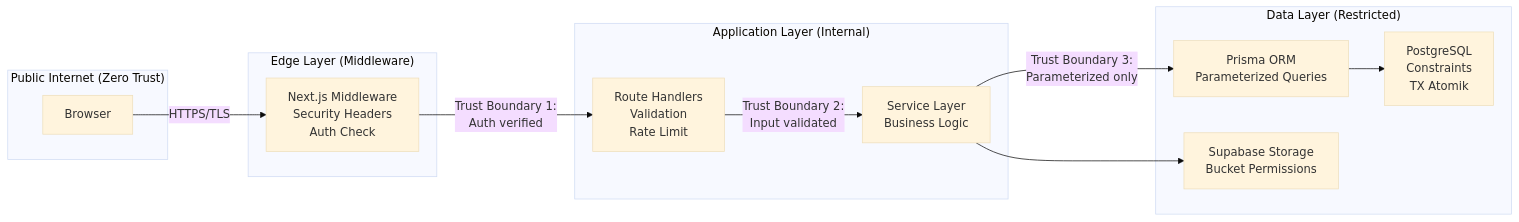
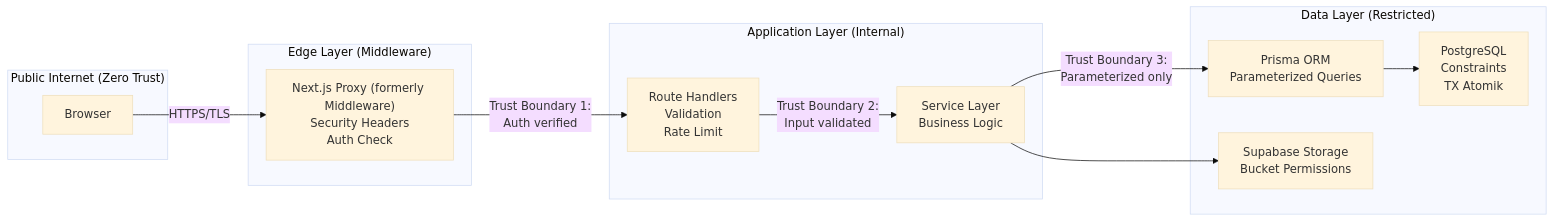
Before and after one commit to Claritys11/web-pilketos: the second of 12 diagrams in docs/05_SECURITY.md, drawn with Mermaid (base theme). The commit also changed other lines of this file and 72 other files, not shown here.

````diff
--- a/docs/05_SECURITY.md
+++ b/docs/05_SECURITY.md
@@ -106,28 +107,28 @@
 ```mermaid
 graph LR
     subgraph Public["Public Internet (Zero Trust)"]
         Browser["Browser"]
     end
 
     subgraph Edge["Edge Layer (Middleware)"]
-        MW["Next.js Middleware\nSecurity Headers\nAuth Check"]
+        MW["Next.js Proxy (formerly Middleware)\nSecurity Headers\nAuth Check"]
     end
 
     subgraph App["Application Layer (Internal)"]
         RH["Route Handlers\nValidation\nRate Limit"]
         SVC["Service Layer\nBusiness Logic"]
     end
 
     subgraph Data["Data Layer (Restricted)"]
         Prisma["Prisma ORM\nParameterized Queries"]
         PG["PostgreSQL\nConstraints\nTX Atomik"]
         Storage["Supabase Storage\nBucket Permissions"]
     end
 
     Browser -->|"HTTPS/TLS"| MW
     MW -->|"Trust Boundary 1:\nAuth verified"| RH
     RH -->|"Trust Boundary 2:\nInput validated"| SVC
     SVC -->|"Trust Boundary 3:\nParameterized only"| Prisma
     Prisma --> PG
     SVC --> Storage
 ```
````
